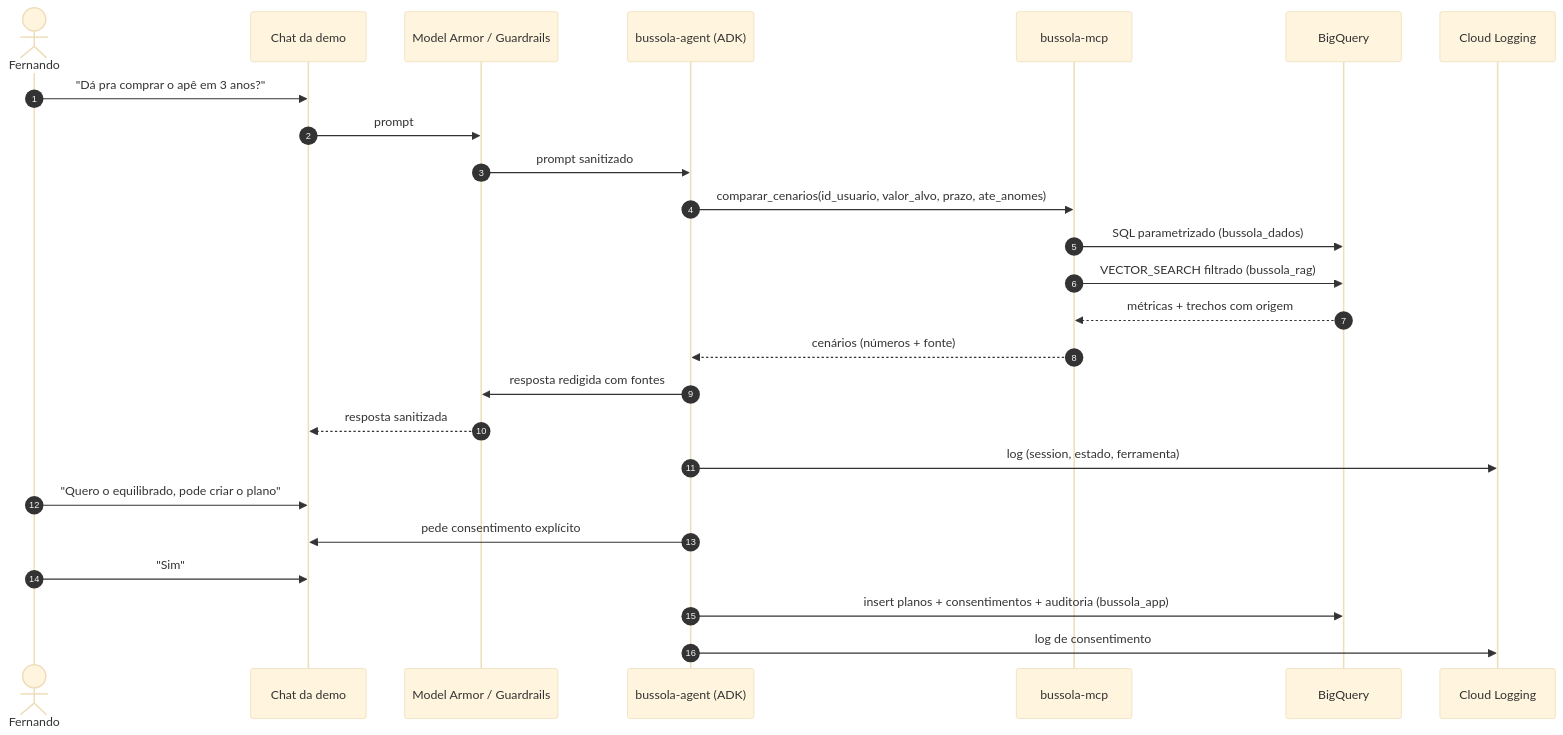
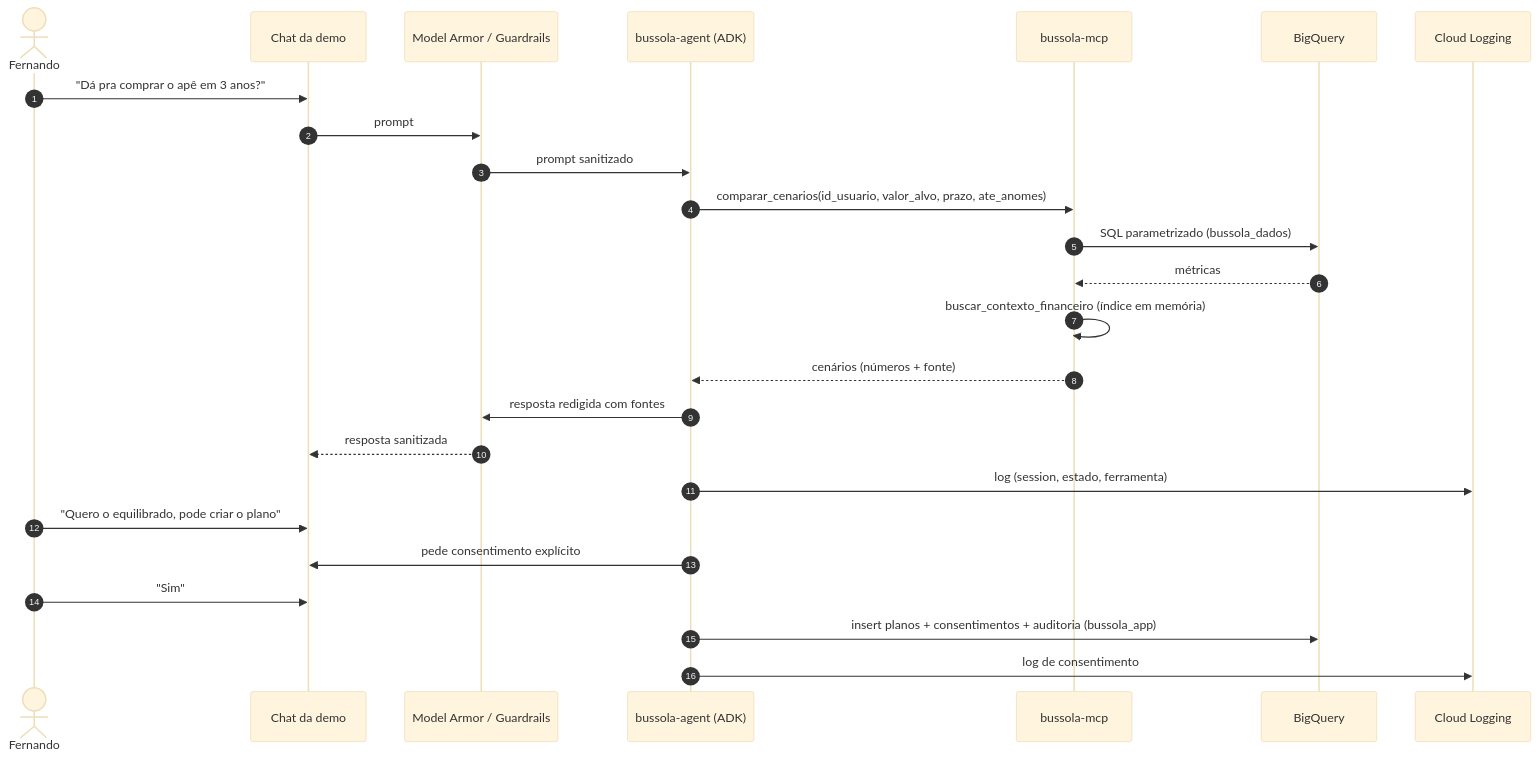
The second of 2 diagrams in docs/blueprint-arquitetura.md (eusouakell/bussola), drawn with Mermaid (base theme) before and after one commit. The commit also changed other lines of this file and 44 other files, not shown here.

First line of the commit message:
contracts: RAG de conhecimento no repo, sem bussola_rag (Q-17)

````diff
--- a/docs/blueprint-arquitetura.md
+++ b/docs/blueprint-arquitetura.md
@@ -98,28 +97,28 @@
 ```mermaid
 sequenceDiagram
     autonumber
     actor F as Fernando
     participant UI as Chat da demo
     participant G as Model Armor / Guardrails
     participant A as bussola-agent (ADK)
     participant M as bussola-mcp
     participant BQ as BigQuery
     participant L as Cloud Logging
 
     F->>UI: "Dá pra comprar o apê em 3 anos?"
     UI->>G: prompt
     G->>A: prompt sanitizado
     A->>M: comparar_cenarios(id_usuario, valor_alvo, prazo, ate_anomes)
     M->>BQ: SQL parametrizado (bussola_dados)
-    M->>BQ: VECTOR_SEARCH filtrado (bussola_rag)
-    BQ-->>M: métricas + trechos com origem
+    BQ-->>M: métricas
+    M->>M: buscar_contexto_financeiro (índice em memória)
     M-->>A: cenários (números + fonte)
     A->>G: resposta redigida com fontes
     G-->>UI: resposta sanitizada
     A->>L: log (session, estado, ferramenta)
     F->>UI: "Quero o equilibrado, pode criar o plano"
     A->>UI: pede consentimento explícito
     F->>UI: "Sim"
     A->>BQ: insert planos + consentimentos + auditoria (bussola_app)
     A->>L: log de consentimento
 ```
````
